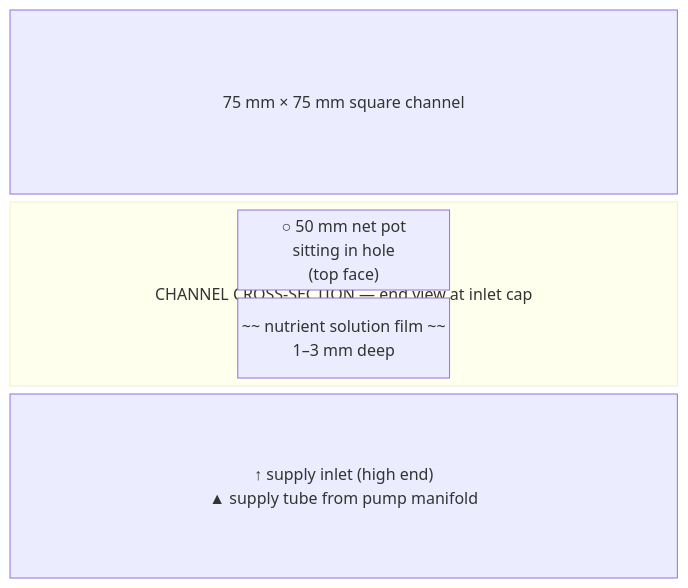
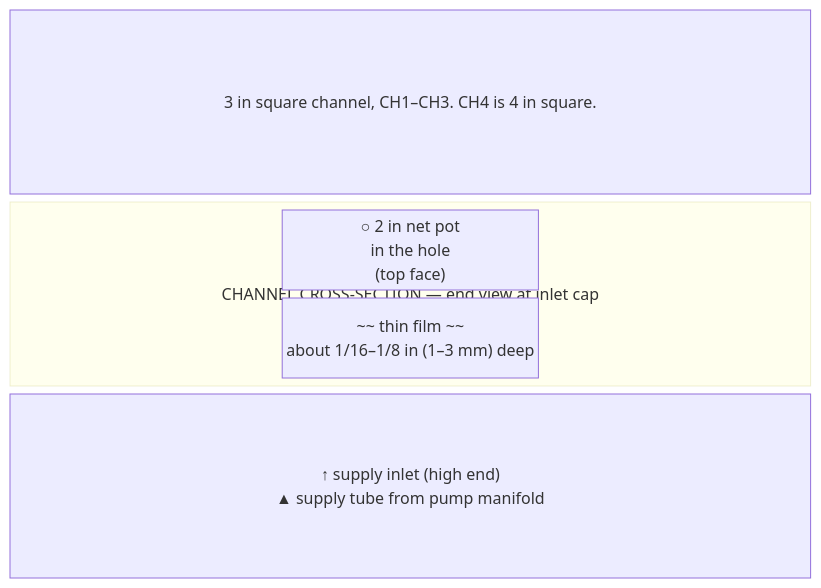
The ninth of 17 diagrams in guide/nft/11-build-guide.md (UncleJS/guide_hydroponics), drawn with Mermaid before and after one commit. The commit also changed other lines of this file and 35 other files, not shown here.

````diff
--- a/guide/nft/11-build-guide.md
+++ b/guide/nft/11-build-guide.md
@@ -431,15 +429,15 @@
 ```mermaid
 block-beta
     columns 1
-    CHANNEL["75 mm × 75 mm square channel"]:1
+    CHANNEL["3 in square channel, CH1–CH3. CH4 is 4 in square."]:1
     block:cross["CHANNEL CROSS-SECTION — end view at inlet cap"]:1
         columns 3
         space
-        NETPOT["○ 50 mm net pot<br/>sitting in hole<br/>(top face)"]
+        NETPOT["○ 2 in net pot<br/>in the hole<br/>(top face)"]
         space
         space
-        FILM["~~ nutrient solution film ~~<br/>1–3 mm deep"]
+        FILM["~~ thin film ~~<br/>about 1/16–1/8 in (1–3 mm) deep"]
         space
     end
     INLET["↑ supply inlet (high end)<br/>▲ supply tube from pump manifold"]
 ```
````
